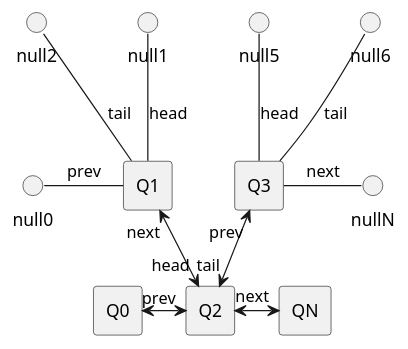
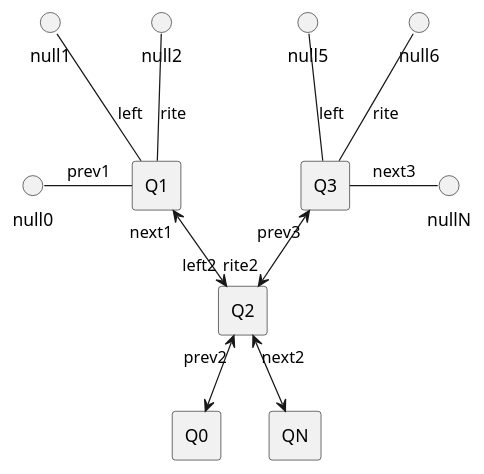
One commit to vitalispopoff/calculator changed the diagram in src/docs/UML/convertToLocalTree/08.puml. Above: the diagram before and after it, drawn with PlantUML. The commit also changed 20 other files, not shown here.

```diff
--- a/src/docs/UML/convertToLocalTree/08.puml
+++ b/src/docs/UML/convertToLocalTree/08.puml
@@ -1,32 +1,32 @@
 @startuml
 
 rectangle Q0
 
 rectangle Q1
 rectangle Q2
 rectangle Q3
 
 rectangle QN
 
-Q1 -left-() null0:prev
+Q1 -left-() null0:prev1
 
-Q1  -up-() null2:tail
-Q1  -up-() null1:head
+Q1  -up-() null1:"left"
+Q1  -up-() null2:"rite"
 
-Q0 <-right-> "prev" Q2
+Q0 <-up-> "prev2" Q2
 
-Q1 "next" <-down-> "head" Q2
+Q1 "next1" <-down-> "left2" Q2
 
-'Q2  -up-() null3:head
+Q2 "rite2" <-up-> "prev3" Q3
 
-Q2 "tail" <-up-> "prev" Q3
+Q2 "next2" <-down-> QN
 
-Q2 "next" <-right-> QN
+Q3  -up-() null6:"rite"
+Q3  -up-() null5:"left"
 
-Q3  -up-() null6:tail
-Q3  -up-() null5:head
+Q3  -right-() nullN:next3
 
-Q3  -right-() nullN:next
-
+Q1 -[hidden]- Q0
+Q3 -[hidden]- QN
 
 @enduml
```
